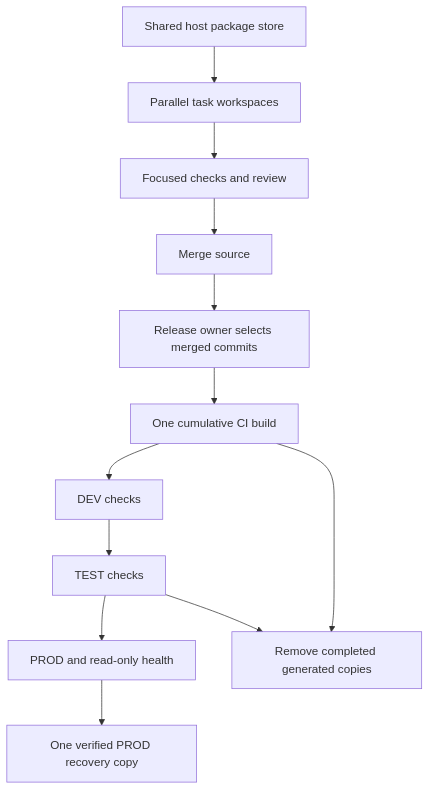
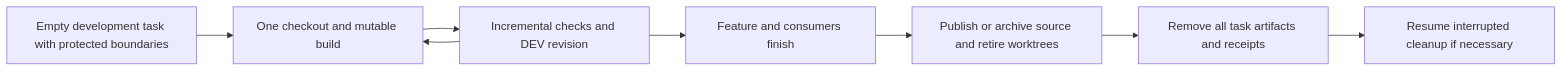
The diagram in docs/plans/044-development-storage-lifecycle.md (coletaylor788/puddles), drawn with Mermaid before and after one commit. The commit also changed other lines of this file and 11 other files, not shown here.

Commit message:
Remove completed development task artifacts with protected boundaries

````diff
--- a/docs/plans/044-development-storage-lifecycle.md
+++ b/docs/plans/044-development-storage-lifecycle.md
@@ -21,14 +17,10 @@
 ```mermaid
-flowchart TD
-    Tasks[Parallel task workspaces] --> Checks[Focused checks and review]
-    Cache[Shared host package store] --> Tasks
-    Checks --> Main[Merge source]
-    Main --> Pin[Release owner selects merged commits]
-    Pin --> CI[One cumulative CI build]
-    CI --> DEV[DEV checks]
-    DEV --> TEST[TEST checks]
-    TEST --> PROD[PROD and read-only health]
-    PROD --> Recovery[One verified PROD recovery copy]
-    TEST --> Cleanup[Remove completed generated copies]
-    CI --> Cleanup
+flowchart LR
+    Init[Empty development task with protected boundaries] --> Edit[One checkout and mutable build]
+    Edit --> Check[Incremental checks and DEV revision]
+    Check --> Edit
+    Check --> Finish[Feature and consumers finish]
+    Finish --> Source[Publish or archive source and retire worktrees]
+    Source --> Complete[Remove all task artifacts and receipts]
+    Complete --> Retry[Resume interrupted cleanup if necessary]
 ```
````
